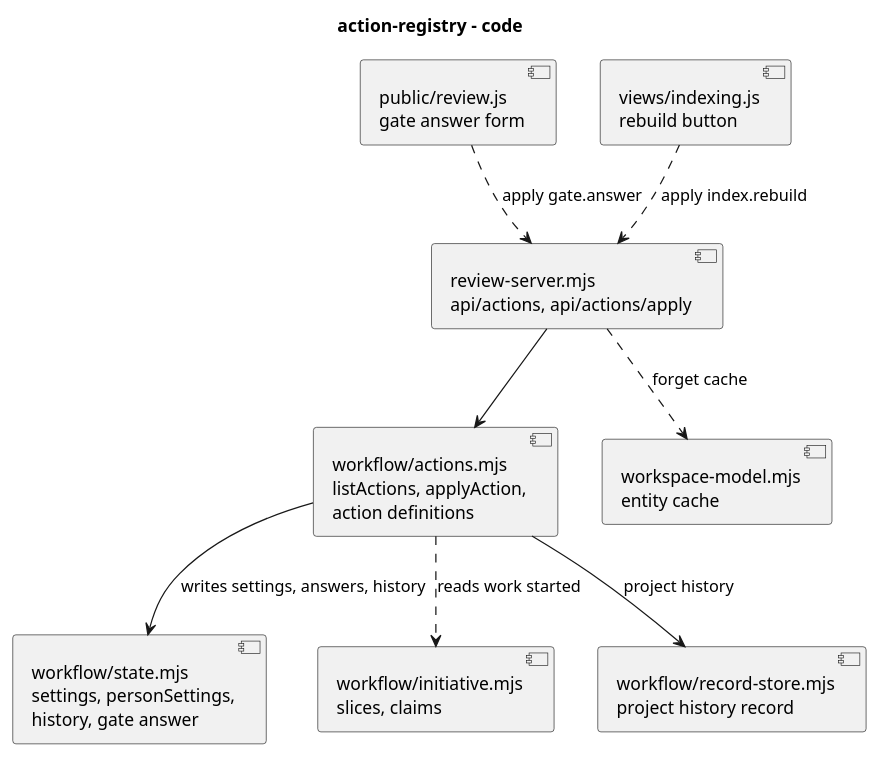
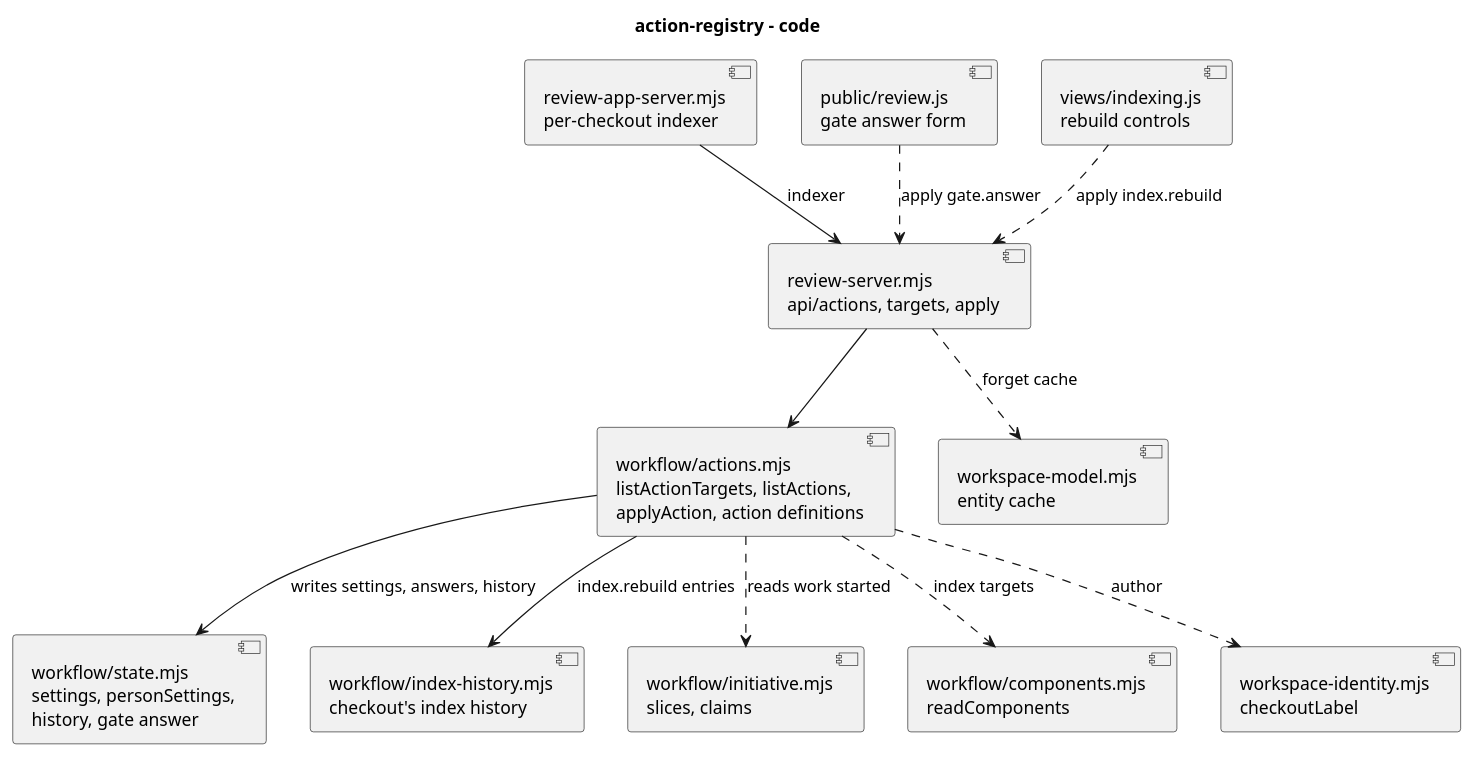
Before and after one commit to RumyantsevMichael/Prism: the diagram in docs/plans/initiative-settings-actions/action-registry/code.puml, drawn with PlantUML. The commit also changed 21 other files, not shown here.

```diff
--- a/docs/plans/initiative-settings-actions/action-registry/code.puml
+++ b/docs/plans/initiative-settings-actions/action-registry/code.puml
@@ -1,18 +1,24 @@
 @startuml
 title action-registry - code
-component "workflow/actions.mjs\nlistActions, applyAction,\naction definitions" as Registry
+component "workflow/actions.mjs\nlistActionTargets, listActions,\napplyAction, action definitions" as Registry
 component "workflow/state.mjs\nsettings, personSettings,\nhistory, gate answer" as State
+component "workflow/index-history.mjs\ncheckout's index history" as IndexHistory
 component "workflow/initiative.mjs\nslices, claims" as Initiative
-component "workflow/record-store.mjs\nproject history record" as Store
-component "review-server.mjs\napi/actions, api/actions/apply" as Routes
+component "workflow/components.mjs\nreadComponents" as Components
+component "workspace-identity.mjs\ncheckoutLabel" as Identity
+component "review-server.mjs\napi/actions, targets, apply" as Routes
+component "review-app-server.mjs\nper-checkout indexer" as App
 component "workspace-model.mjs\nentity cache" as Model
 component "public/review.js\ngate answer form" as Page
-component "views/indexing.js\nrebuild button" as Indexing
+component "views/indexing.js\nrebuild controls" as Indexing
 Registry --> State : writes settings, answers, history
+Registry --> IndexHistory : index.rebuild entries
 Registry ..> Initiative : reads work started
-Registry --> Store : project history
+Registry ..> Components : index targets
+Registry ..> Identity : author
 Routes --> Registry
+App --> Routes : indexer
 Routes ..> Model : forget cache
 Page ..> Routes : apply gate.answer
 Indexing ..> Routes : apply index.rebuild
 @enduml
```
